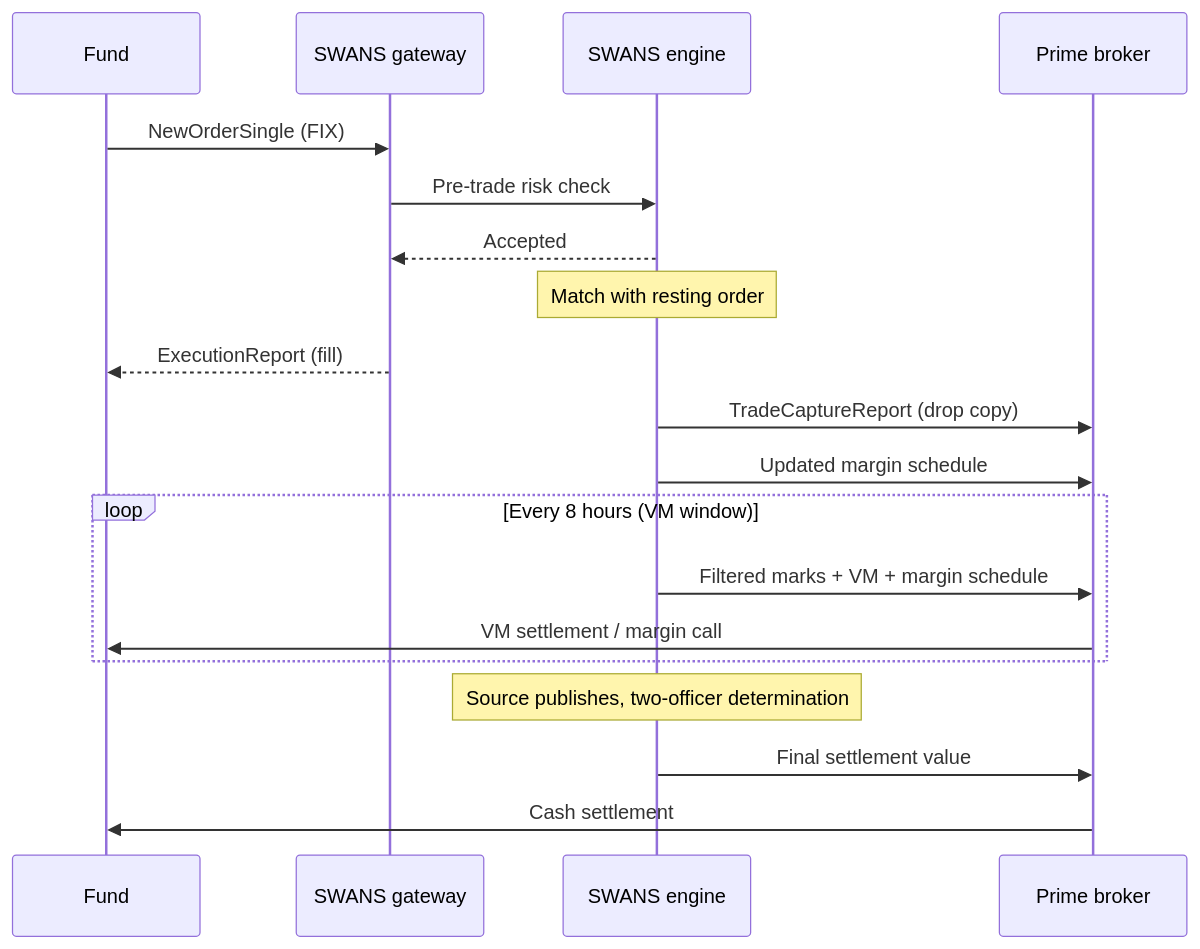
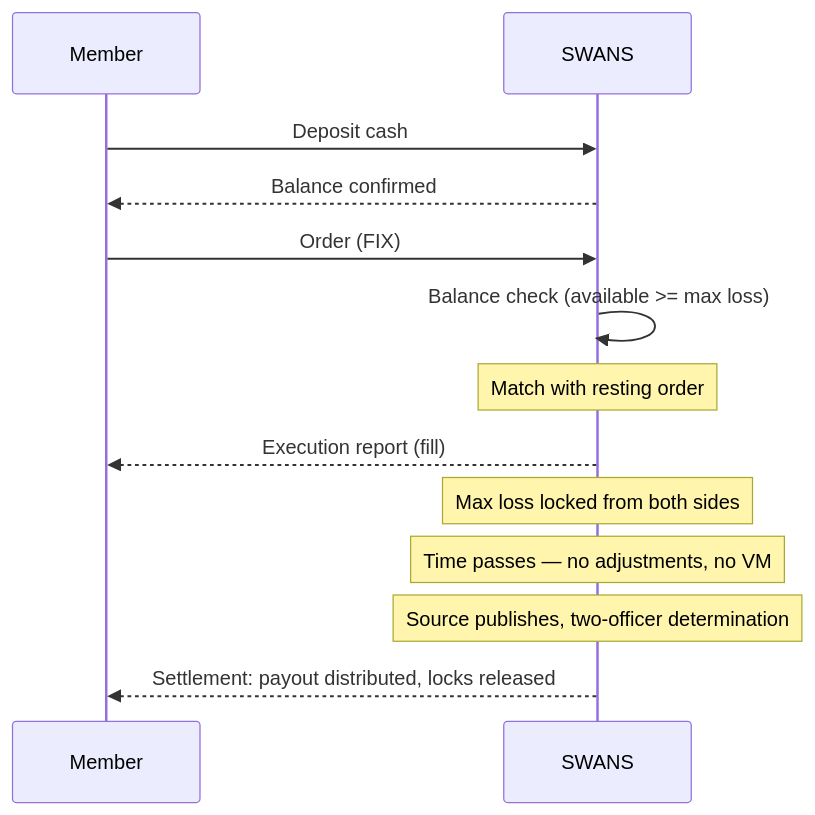
The second of 8 diagrams in docs/diagrams.md (LevonDerma1221/swans-docs), drawn with Mermaid before and after one commit. The commit also changed other lines of this file and 9 other files, not shown here.

````diff
--- a/docs/diagrams.md
+++ b/docs/diagrams.md
@@ -35,24 +28,19 @@
 ```mermaid
 sequenceDiagram
-  participant F as Fund
-  participant GW as SWANS gateway
-  participant ENG as SWANS engine
-  participant P as Prime broker
+  participant M as Member
+  participant S as SWANS
 
-  F->>GW: NewOrderSingle (FIX)
-  GW->>ENG: Pre-trade risk check
-  ENG-->>GW: Accepted
-  Note over ENG: Match with resting order
-  GW-->>F: ExecutionReport (fill)
-  ENG->>P: TradeCaptureReport (drop copy)
-  ENG->>P: Updated margin schedule
+  M->>S: Deposit cash
+  S-->>M: Balance confirmed
 
-  loop Every 8 hours (VM window)
-    ENG->>P: Filtered marks + VM + margin schedule
-    P->>F: VM settlement / margin call
-  end
+  M->>S: Order (FIX)
+  S->>S: Balance check (available >= max loss)
+  Note over S: Match with resting order
+  S-->>M: Execution report (fill)
+  Note over S: Max loss locked from both sides
 
-  Note over ENG: Source publishes, two-officer determination
-  ENG->>P: Final settlement value
-  P->>F: Cash settlement
+  Note over S: Time passes — no adjustments, no VM
+
+  Note over S: Source publishes, two-officer determination
+  S-->>M: Settlement: payout distributed, locks released
 ```
````
